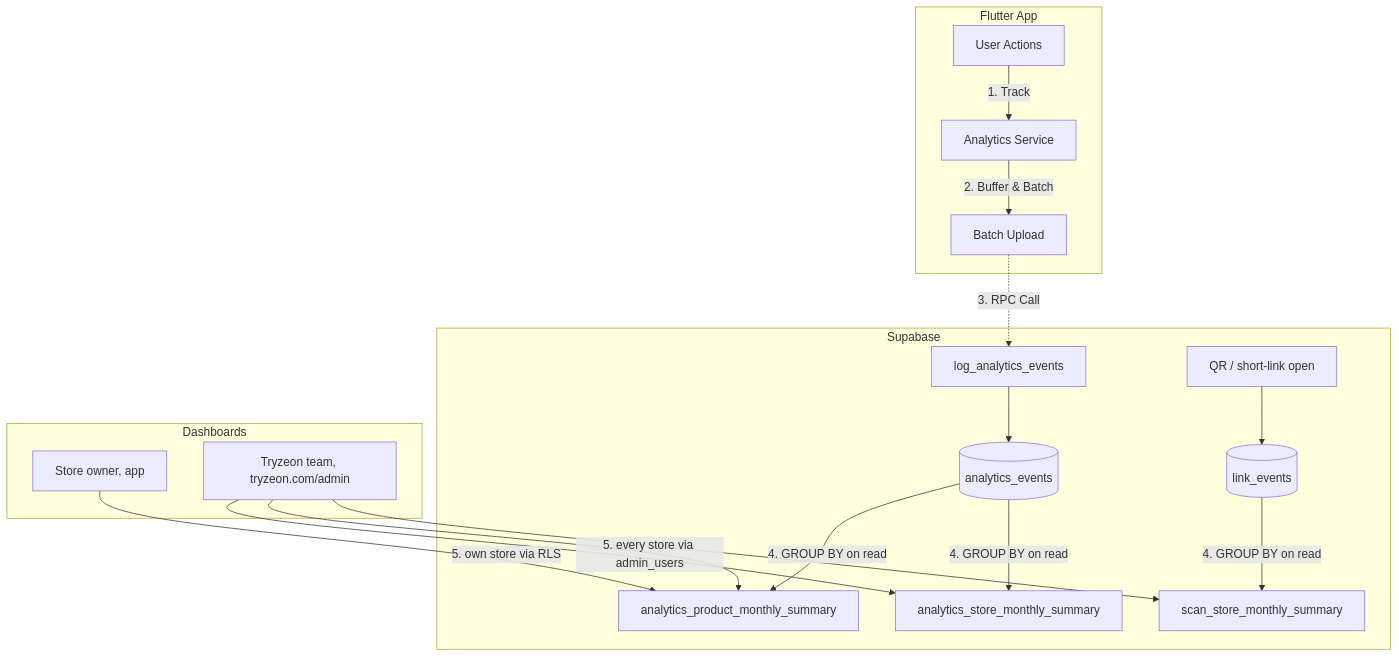
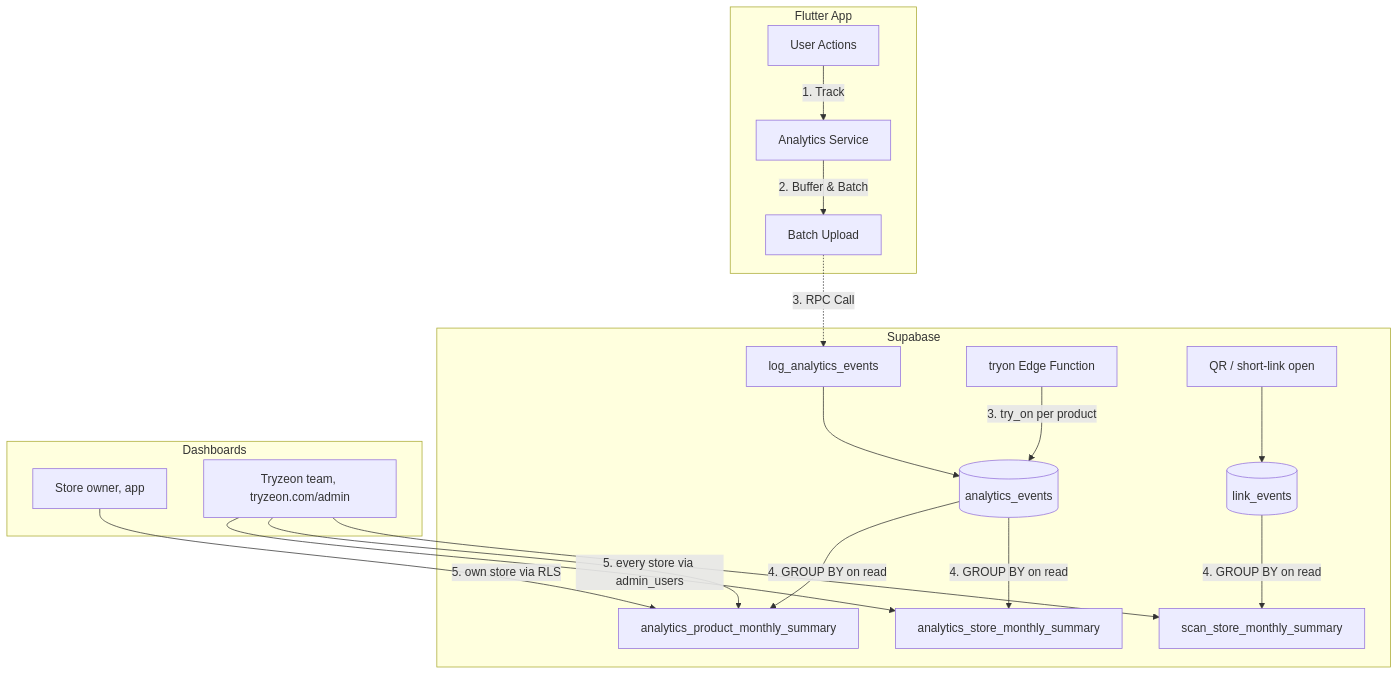
One commit to Tryzeon/tryzeon-app changed the diagram in README.md. Above: the diagram before and after it, drawn with Mermaid. The commit also changed other lines of this file, not shown here.

Commit message:
feat(analytics): update events documentation to clarify try_on recording via Edge Function

````diff
--- a/README.md
+++ b/README.md
@@ -79,27 +79,28 @@
 ```mermaid
 graph TD
     %% Frontend
     subgraph Frontend [Flutter App]
         User[User Actions] -->|1. Track| Queue[Analytics Service]
         Queue -->|2. Buffer & Batch| Batch[Batch Upload]
     end
 
     %% Backend
     subgraph Backend [Supabase]
         Batch -.->|3. RPC Call| API[log_analytics_events]
         API --> RawTable[(analytics_events)]
+        Tryon[tryon Edge Function] -->|3. try_on per product| RawTable
         Scan[QR / short-link open] --> LinkTable[(link_events)]
 
         RawTable -->|4. GROUP BY on read| ProductView[analytics_product_monthly_summary]
         RawTable -->|4. GROUP BY on read| StoreView[analytics_store_monthly_summary]
         LinkTable -->|4. GROUP BY on read| ScanView[scan_store_monthly_summary]
     end
 
     %% Dashboards
     subgraph Dashboards
         Owner[Store owner, app] -->|5. own store via RLS| ProductView
         Team[Tryzeon team, tryzeon.com/admin] -->|5. every store via admin_users| StoreView
         Team --> ProductView
         Team --> ScanView
     end
 ```
````
